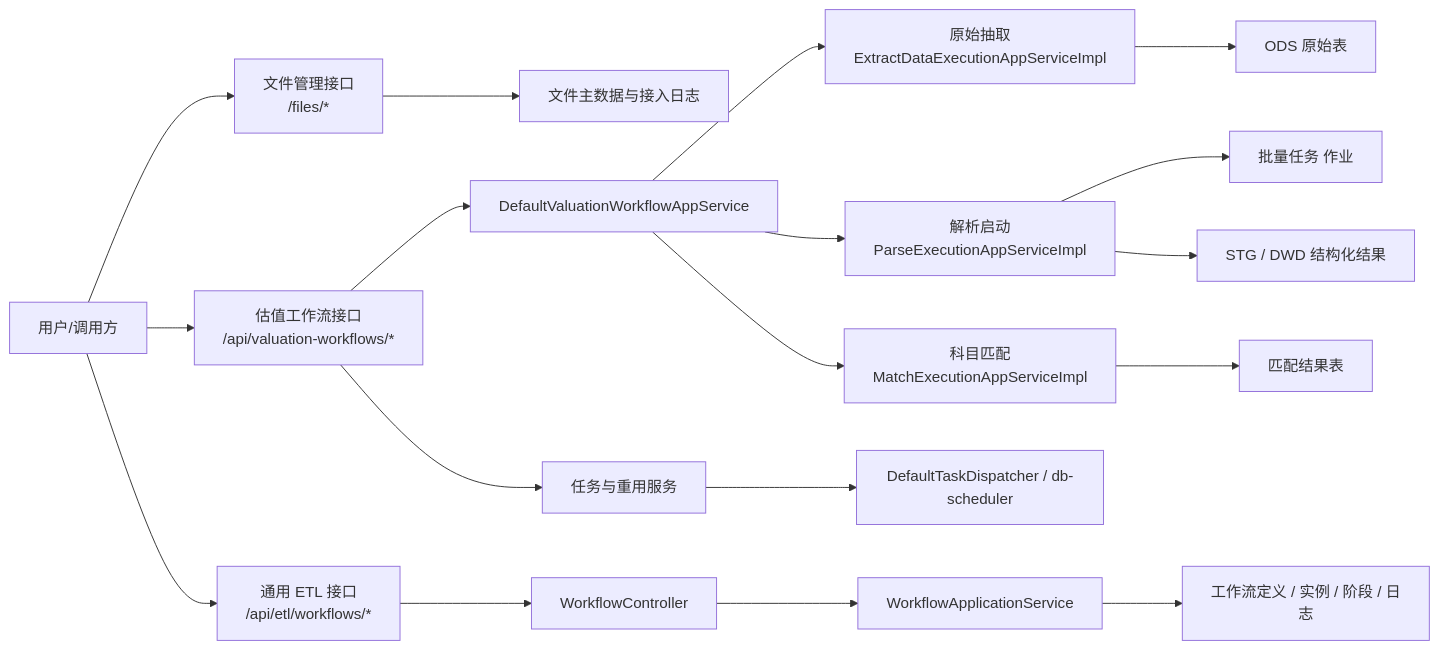
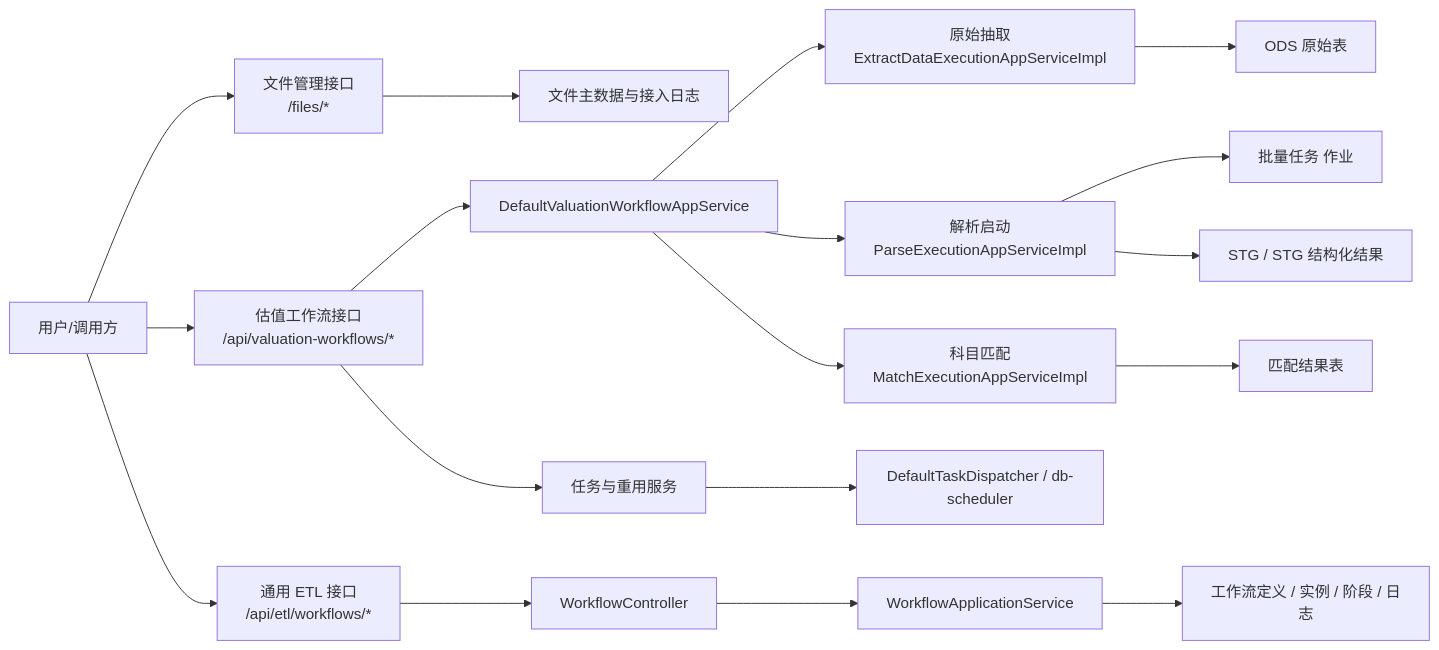
One commit to iloveZzz/valset-standardizer-java changed the first of 2 diagrams in docs/technical-design.md. Above: the diagram before and after it, drawn with Mermaid. The commit also changed other lines of this file and 144 other files, not shown here.

````diff
--- a/docs/technical-design.md
+++ b/docs/technical-design.md
@@ -44,22 +44,22 @@
 ```mermaid
 flowchart LR
     U["用户/调用方"] --> F["文件管理接口<br/>/files/*"]
     U --> W["估值工作流接口<br/>/api/valuation-workflows/*"]
     U --> E["通用 ETL 接口<br/>/api/etl/workflows/*"]
 
     F --> A["文件主数据与接入日志"]
     W --> O["DefaultValuationWorkflowAppService"]
     O --> X["原始抽取<br/>ExtractDataExecutionAppServiceImpl"]
     O --> P["解析启动<br/>ParseExecutionAppServiceImpl"]
     O --> M["科目匹配<br/>MatchExecutionAppServiceImpl"]
     P --> SB["批量任务 作业"]
     X --> ODS["ODS 原始表"]
-    P --> STG["STG / DWD 结构化结果"]
+    P --> STG["STG / STG 结构化结果"]
     M --> MR["匹配结果表"]
     W --> T["任务与重用服务"]
     T --> D["DefaultTaskDispatcher / db-scheduler"]
 
     E --> WT["WorkflowController"]
     WT --> WD["WorkflowApplicationService"]
     WD --> WP["工作流定义 / 实例 / 阶段 / 日志"]
 ```
````
